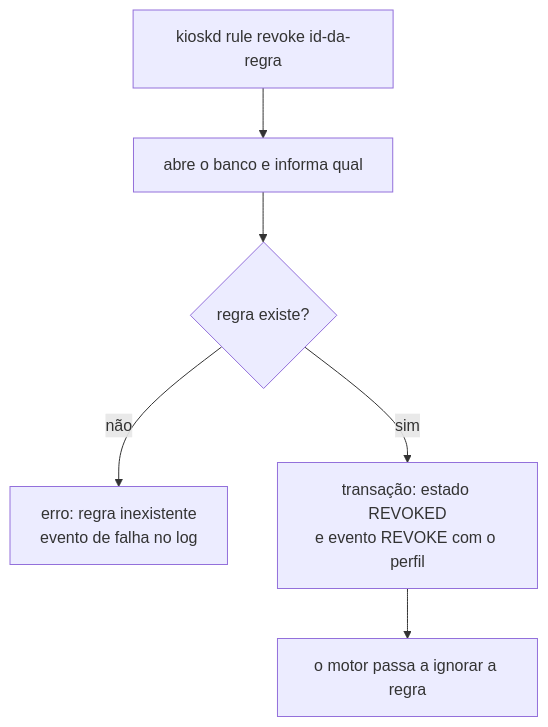
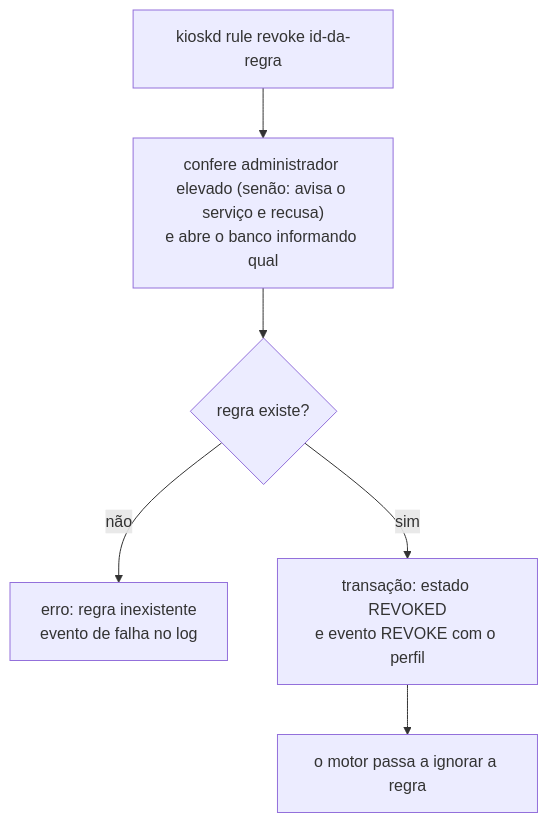
One commit to jefersonlop3s/kiosk-engine changed diagram 15 of 28 in docs/architecture/fluxos-dos-comandos.md. Above: the diagram before and after it, drawn with Mermaid. The commit also changed other lines of this file and 22 other files, not shown here.

````diff
--- a/docs/architecture/fluxos-dos-comandos.md
+++ b/docs/architecture/fluxos-dos-comandos.md
@@ -240,8 +242,8 @@
 ```mermaid
 flowchart TD
-    A["kioskd rule revoke id-da-regra"] --> B["abre o banco e informa qual"]
+    A["kioskd rule revoke id-da-regra"] --> B["confere administrador elevado (senão: avisa o serviço e recusa)<br/>e abre o banco informando qual"]
     B --> C{"regra existe?"}
     C -->|não| E["erro: regra inexistente<br/>evento de falha no log"]
     C -->|sim| D["transação: estado REVOKED<br/>e evento REVOKE com o perfil"]
     D --> F["o motor passa a ignorar a regra"]
 ```
````
